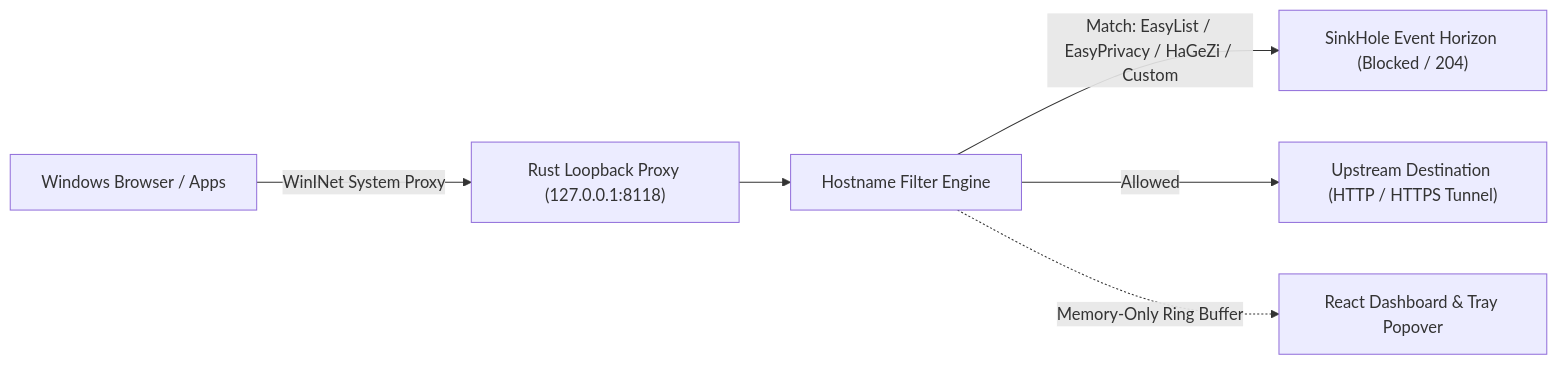
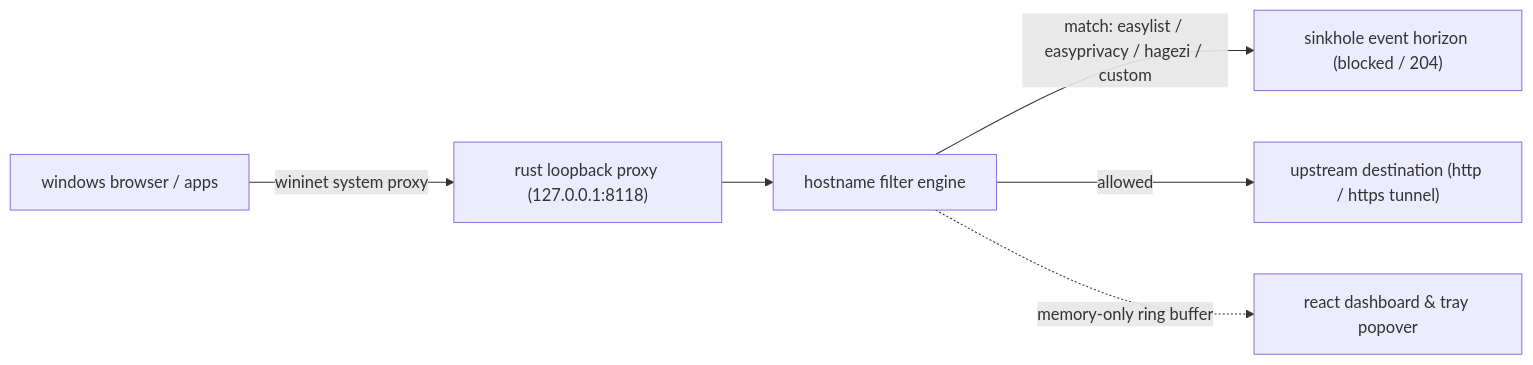
The diagram in README.md (nnickahh/sinkhole), drawn with Mermaid before and after one commit. The commit also changed other lines of this file, not shown here.

````diff
--- a/README.md
+++ b/README.md
@@ -17,8 +17,8 @@
 ```mermaid
 flowchart LR
-    Browser["Windows Browser / Apps"] -->|WinINet System Proxy| Proxy["Rust Loopback Proxy (127.0.0.1:8118)"]
-    Proxy --> Engine["Hostname Filter Engine"]
-    Engine -->|Match: EasyList / EasyPrivacy / HaGeZi / Custom| Sink["SinkHole Event Horizon (Blocked / 204)"]
-    Engine -->|Allowed| Upstream["Upstream Destination (HTTP / HTTPS Tunnel)"]
-    Engine -.->|Memory-Only Ring Buffer| UI["React Dashboard & Tray Popover"]
+    Browser["windows browser / apps"] -->|wininet system proxy| Proxy["rust loopback proxy (127.0.0.1:8118)"]
+    Proxy --> Engine["hostname filter engine"]
+    Engine -->|match: easylist / easyprivacy / hagezi / custom| Sink["sinkhole event horizon (blocked / 204)"]
+    Engine -->|allowed| Upstream["upstream destination (http / https tunnel)"]
+    Engine -.->|memory-only ring buffer| UI["react dashboard & tray popover"]
 ```
````
